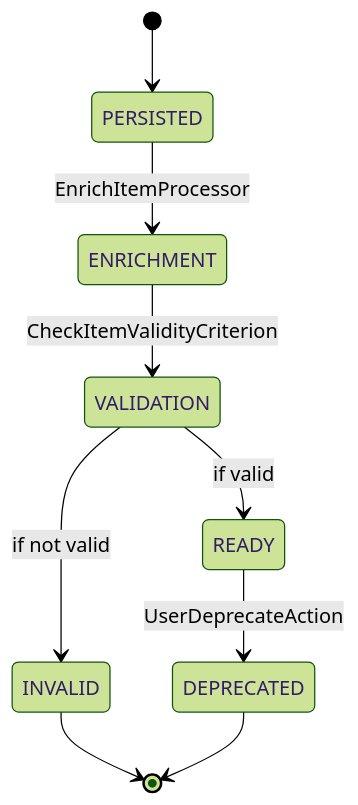
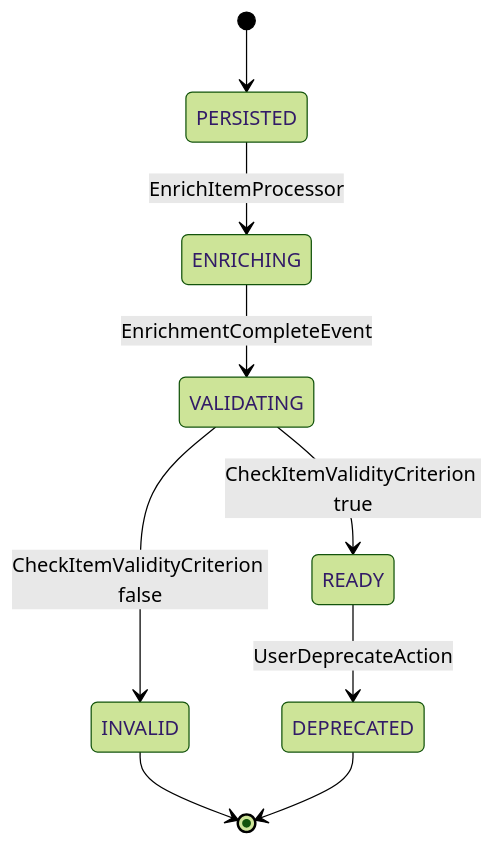
Before and after one commit to Cyoda-platform/java-client-template: the first of 3 diagrams in src/main/java/com/java_template/prototype/functional_requirement.md, drawn with Mermaid (forest theme). The commit also changed other lines of this file, not shown here.

````diff
--- a/src/main/java/com/java_template/prototype/functional_requirement.md
+++ b/src/main/java/com/java_template/prototype/functional_requirement.md
@@ -45,11 +70,11 @@
 ```mermaid
 stateDiagram-v2
     [*] --> PERSISTED
-    PERSISTED --> ENRICHMENT : EnrichItemProcessor
-    ENRICHMENT --> VALIDATION : CheckItemValidityCriterion
-    VALIDATION --> READY : if valid
-    VALIDATION --> INVALID : if not valid
+    PERSISTED --> ENRICHING : EnrichItemProcessor
+    ENRICHING --> VALIDATING : EnrichmentCompleteEvent
+    VALIDATING --> READY : CheckItemValidityCriterion true
+    VALIDATING --> INVALID : CheckItemValidityCriterion false
     READY --> DEPRECATED : UserDeprecateAction
     INVALID --> [*]
     DEPRECATED --> [*]
 ```
````
